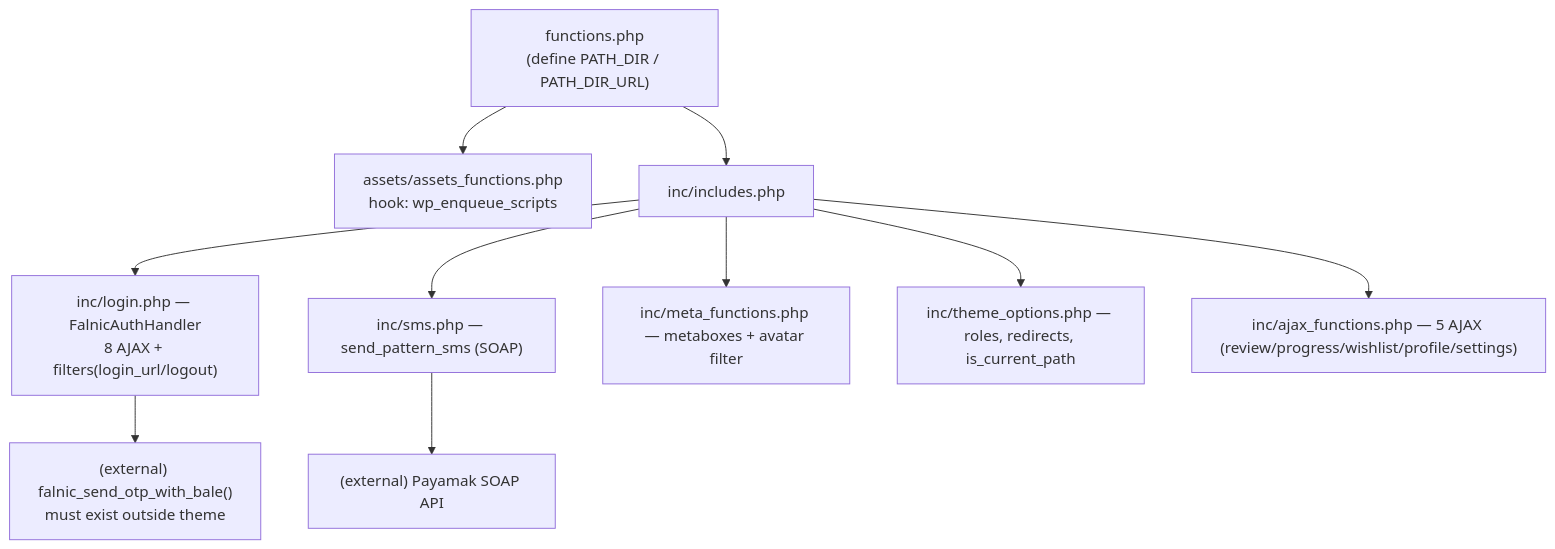
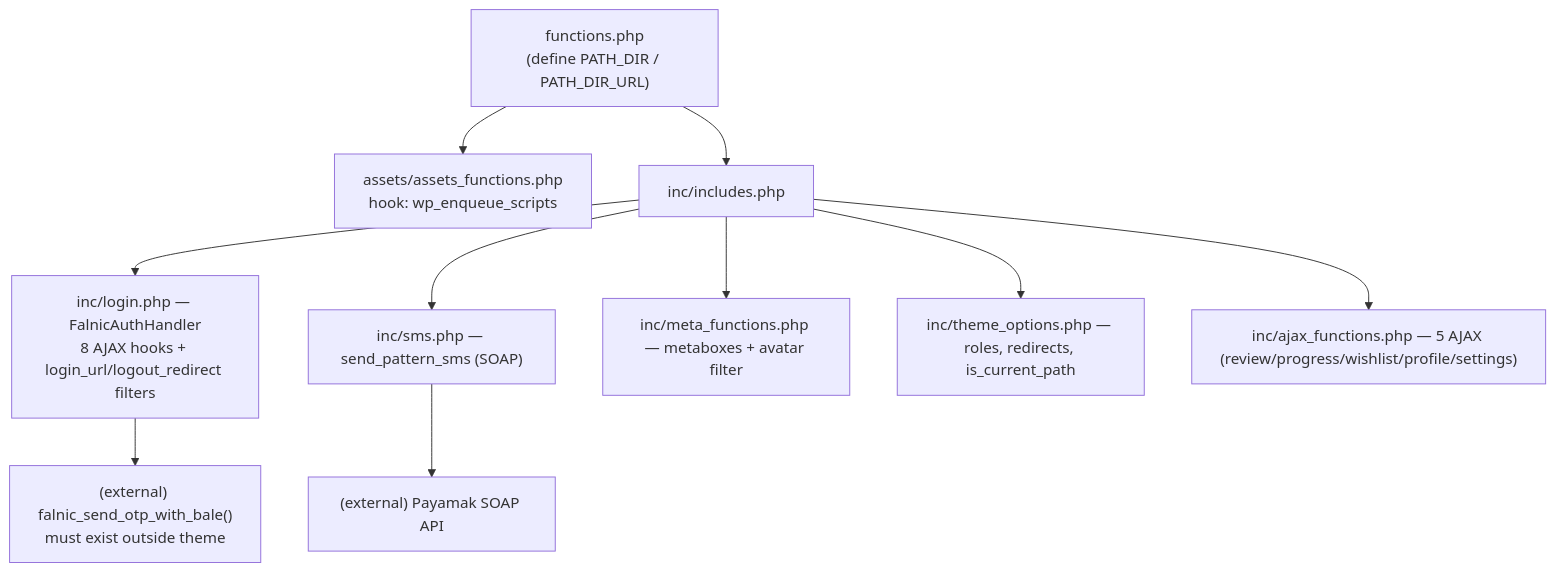
Before and after one commit to ahmad75naraghi/learndash-theme: the first of 7 diagrams in ARCHITECTURE.md, drawn with Mermaid. The commit also changed other lines of this file and 5 other files, not shown here.

````diff
--- a/ARCHITECTURE.md
+++ b/ARCHITECTURE.md
@@ -20,12 +20,12 @@
 ```mermaid
 flowchart TD
     A["functions.php<br/>(define PATH_DIR / PATH_DIR_URL)"] --> B["assets/assets_functions.php<br/>hook: wp_enqueue_scripts"]
     A --> C["inc/includes.php"]
-    C --> D["inc/login.php — FalnicAuthHandler<br/>8 AJAX + filters(login_url/logout)"]
+    C --> D["inc/login.php — FalnicAuthHandler<br/>8 AJAX hooks + login_url/logout_redirect filters"]
     C --> E["inc/sms.php — send_pattern_sms (SOAP)"]
     C --> F["inc/meta_functions.php — metaboxes + avatar filter"]
     C --> G["inc/theme_options.php — roles, redirects, is_current_path"]
     C --> H["inc/ajax_functions.php — 5 AJAX (review/progress/wishlist/profile/settings)"]
     D --> I["(external) falnic_send_otp_with_bale()<br/>must exist outside theme"]
     E --> J["(external) Payamak SOAP API"]
 ```
````
